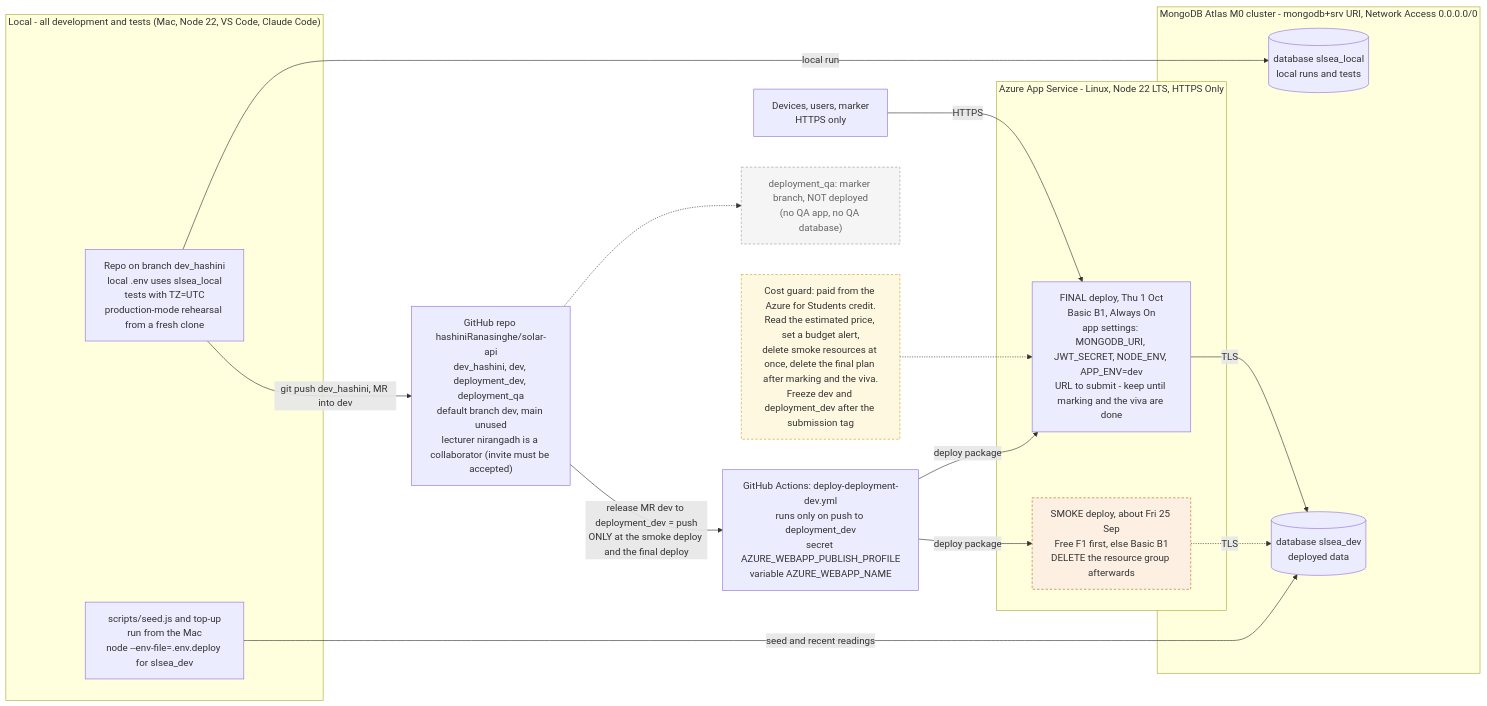
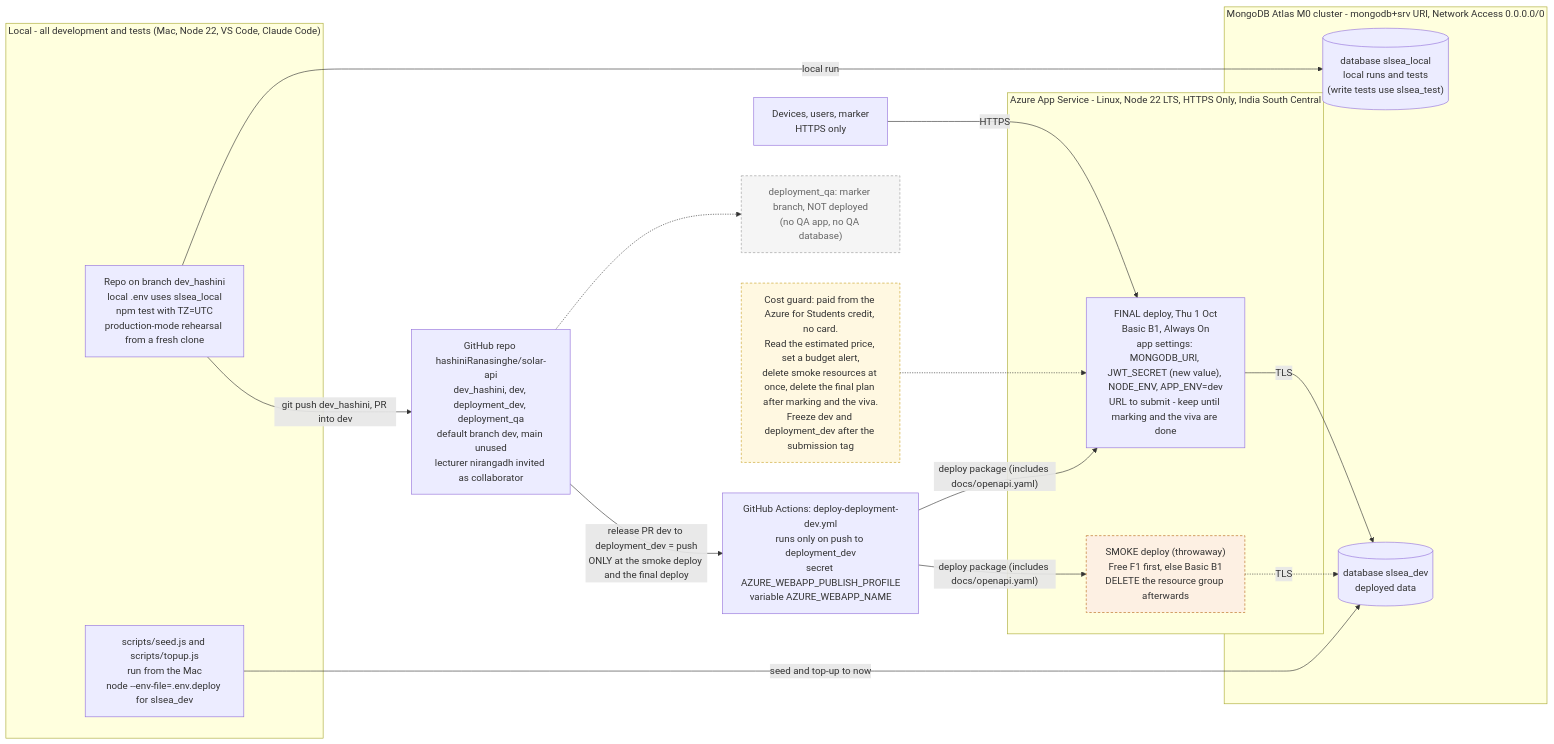
The diagram in docs/design/diagrams/08-deployment.mmd (hashiniRanasinghe/solar-api), drawn with Mermaid before and after one commit. The commit also changed 21 other files, not shown here.

Commit message:
docs: cleanup of diagrams, data model, decisions, AI log format, PLAN and playbook

```diff
--- a/docs/design/diagrams/08-deployment.mmd
+++ b/docs/design/diagrams/08-deployment.mmd
@@ -1,50 +1,50 @@
 %% 08-deployment.mmd - Deployment architecture (local-first; Azure only for the smoke deploy and the final deploy)
-%% Basis: BRIEF §7 (public HTTPS API, live Swagger, shared repo), §12 (deployed at submission); PLAN §5, §12, §12a, §12b
+%% Basis: BRIEF §7 (public HTTPS API, live Swagger, shared repo), §12 (deployed at submission); PLAN §12, §12a, §12b
 %% DECIDED (YOU): local-first development; branches dev_hashini -> dev -> deployment_dev; deployment_qa is a marker, NEVER deployed; main never used;
-%% hosting = Azure App Service on the Azure for Students credit (OQ-31); deployment by one GitHub Actions workflow; local DB slsea_local, deployed DB slsea_dev.
-%% PROPOSALS: Basic B1 plan (Free F1 first for the smoke deploy), publish-profile authentication (OQ-32, decided at the smoke deploy), network rule, app setting names.
+%% hosting = Azure App Service on the Azure for Students credit (OQ-31), region India South Central (OQ-33); one GitHub Actions workflow; local DB slsea_local, deployed DB slsea_dev.
+%% PROPOSALS: Free F1 first for the smoke deploy, Basic B1 for the final; publish-profile authentication (OQ-32, decided at the smoke deploy).
 %% Secret values are never shown.
 flowchart LR
   subgraph LOCAL["Local - all development and tests (Mac, Node 22, VS Code, Claude Code)"]
-    CODE["Repo on branch dev_hashini<br/>local .env uses slsea_local<br/>tests with TZ=UTC<br/>production-mode rehearsal from a fresh clone"]
-    SEEDJOB["scripts/seed.js and top-up<br/>run from the Mac<br/>node --env-file=.env.deploy for slsea_dev"]
+    CODE["Repo on branch dev_hashini<br/>local .env uses slsea_local<br/>npm test with TZ=UTC<br/>production-mode rehearsal from a fresh clone"]
+    SEEDJOB["scripts/seed.js and scripts/topup.js<br/>run from the Mac<br/>node --env-file=.env.deploy for slsea_dev"]
   end
 
-  GH["GitHub repo hashiniRanasinghe/solar-api<br/>dev_hashini, dev, deployment_dev, deployment_qa<br/>default branch dev, main unused<br/>lecturer nirangadh is a collaborator (invite must be accepted)"]
+  GH["GitHub repo hashiniRanasinghe/solar-api<br/>dev_hashini, dev, deployment_dev, deployment_qa<br/>default branch dev, main unused<br/>lecturer nirangadh invited as collaborator"]
 
   GA["GitHub Actions: deploy-deployment-dev.yml<br/>runs only on push to deployment_dev<br/>secret AZURE_WEBAPP_PUBLISH_PROFILE<br/>variable AZURE_WEBAPP_NAME"]
 
-  subgraph AZ["Azure App Service - Linux, Node 22 LTS, HTTPS Only"]
-    SMOKE["SMOKE deploy, about Fri 25 Sep<br/>Free F1 first, else Basic B1<br/>DELETE the resource group afterwards"]
-    APP["FINAL deploy, Thu 1 Oct<br/>Basic B1, Always On<br/>app settings: MONGODB_URI, JWT_SECRET, NODE_ENV, APP_ENV=dev<br/>URL to submit - keep until marking and the viva are done"]
+  subgraph AZ["Azure App Service - Linux, Node 22 LTS, HTTPS Only, India South Central"]
+    SMOKE["SMOKE deploy (throwaway)<br/>Free F1 first, else Basic B1<br/>DELETE the resource group afterwards"]
+    APP["FINAL deploy, Thu 1 Oct<br/>Basic B1, Always On<br/>app settings: MONGODB_URI, JWT_SECRET (new value), NODE_ENV, APP_ENV=dev<br/>URL to submit - keep until marking and the viva are done"]
   end
 
   subgraph ATLAS["MongoDB Atlas M0 cluster - mongodb+srv URI, Network Access 0.0.0.0/0"]
     DDB[("database slsea_dev<br/>deployed data")]
-    LDB[("database slsea_local<br/>local runs and tests")]
+    LDB[("database slsea_local<br/>local runs and tests<br/>(write tests use slsea_test)")]
   end
 
   CLIENTS["Devices, users, marker<br/>HTTPS only"]
 
-  CODE -- "git push dev_hashini, MR into dev" --> GH
-  GH -- "release MR dev to deployment_dev = push<br/>ONLY at the smoke deploy and the final deploy" --> GA
-  GA -- "deploy package" --> SMOKE
-  GA -- "deploy package" --> APP
+  CODE -- "git push dev_hashini, PR into dev" --> GH
+  GH -- "release PR dev to deployment_dev = push<br/>ONLY at the smoke deploy and the final deploy" --> GA
+  GA -- "deploy package (includes docs/openapi.yaml)" --> SMOKE
+  GA -- "deploy package (includes docs/openapi.yaml)" --> APP
   APP -- "TLS" --> DDB
   SMOKE -. "TLS" .-> DDB
-  SEEDJOB -- "seed and recent readings" --> DDB
+  SEEDJOB -- "seed and top-up to now" --> DDB
   CODE -- "local run" --> LDB
   CLIENTS -- "HTTPS" --> APP
 
   NOQA["deployment_qa: marker branch, NOT deployed<br/>(no QA app, no QA database)"]
   GH -.-> NOQA
 
-  NOTE["Cost guard: paid from the Azure for Students credit.<br/>Read the estimated price, set a budget alert,<br/>delete smoke resources at once, delete the final plan after marking and the viva.<br/>Freeze dev and deployment_dev after the submission tag"]
+  NOTE["Cost guard: paid from the Azure for Students credit, no card.<br/>Read the estimated price, set a budget alert,<br/>delete smoke resources at once, delete the final plan after marking and the viva.<br/>Freeze dev and deployment_dev after the submission tag"]
   NOTE -.-> APP
 
   classDef note fill:#fff8e1,stroke:#c9a227,stroke-dasharray:4 3
   classDef unused fill:#f5f5f5,stroke:#999,stroke-dasharray:4 3,color:#666
   classDef temp fill:#fdf0e3,stroke:#b8681a,stroke-dasharray:4 3
   class NOTE note
   class NOQA unused
   class SMOKE temp
```
